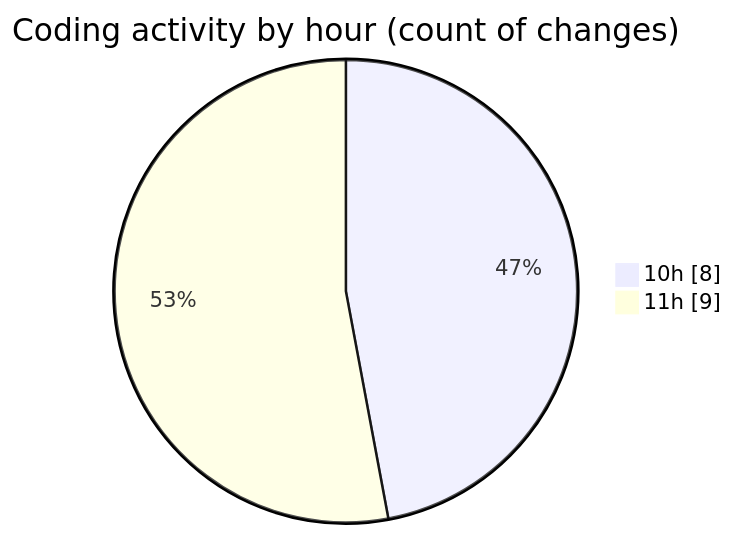
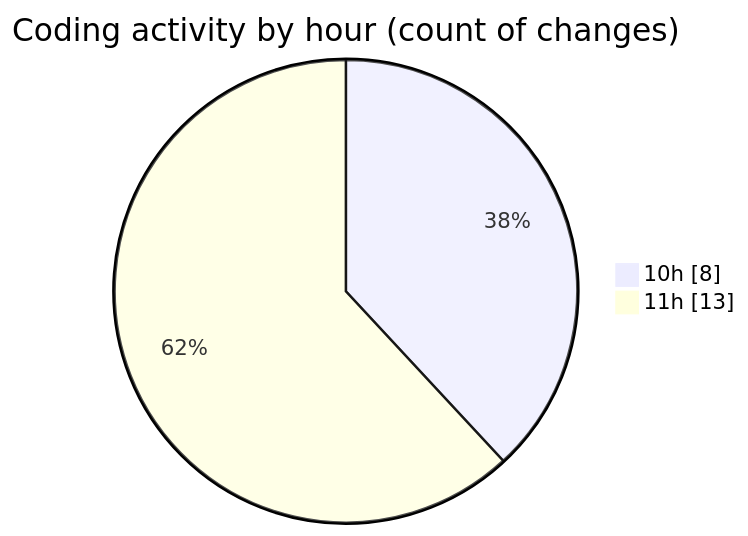
One commit to nxtqubesakshisongat/code-tracking changed the second of 2 diagrams in 2025-10-16/nxtqube_webapp/README.md. Above: the diagram before and after it, drawn with Mermaid. The commit also changed other lines of this file and 1 other file, not shown here.

````diff
--- a/2025-10-16/nxtqube_webapp/README.md
+++ b/2025-10-16/nxtqube_webapp/README.md
@@ -28,6 +28,6 @@
 ```mermaid
 pie showData
 title Coding activity by hour (count of changes)
 "10h" : 8
-"11h" : 9
+"11h" : 13
 ```
````
